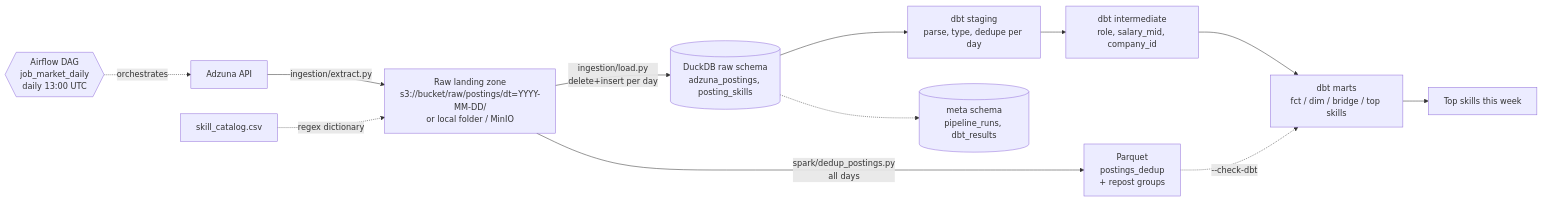
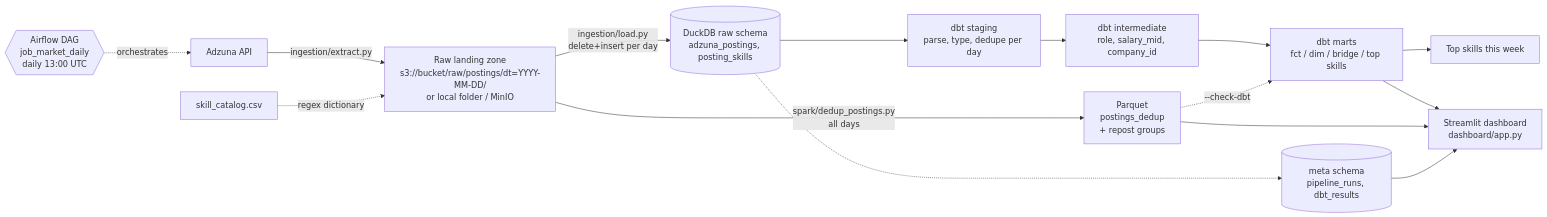
Before and after one commit to khus-hi/job-market-data-pipeline: the first of 2 diagrams in README.md, drawn with Mermaid. The commit also changed other lines of this file and 8 other files, not shown here.

First line of the commit message:
Add Streamlit dashboard over the marts

````diff
--- a/README.md
+++ b/README.md
@@ -11,14 +11,17 @@
 ```mermaid
 flowchart LR
     AF{{Airflow DAG<br/>job_market_daily<br/>daily 13:00 UTC}} -.orchestrates.-> A
     A[Adzuna API] -->|ingestion/extract.py| B[Raw landing zone<br/>s3://bucket/raw/postings/dt=YYYY-MM-DD/<br/>or local folder / MinIO]
     B -->|ingestion/load.py<br/>delete+insert per day| C[(DuckDB raw schema<br/>adzuna_postings, posting_skills)]
     S[skill_catalog.csv] -.->|regex dictionary| B
     C --> D[dbt staging<br/>parse, type, dedupe per day]
     D --> E[dbt intermediate<br/>role, salary_mid, company_id]
     E --> F[dbt marts<br/>fct / dim / bridge / top skills]
     F --> G[Top skills this week]
     C -.-> M[(meta schema<br/>pipeline_runs, dbt_results)]
     B -->|spark/dedup_postings.py<br/>all days| P[Parquet<br/>postings_dedup<br/>+ repost groups]
     P -.->|--check-dbt| F
+    F --> DB[Streamlit dashboard<br/>dashboard/app.py]
+    P --> DB
+    M --> DB
 ```
````
